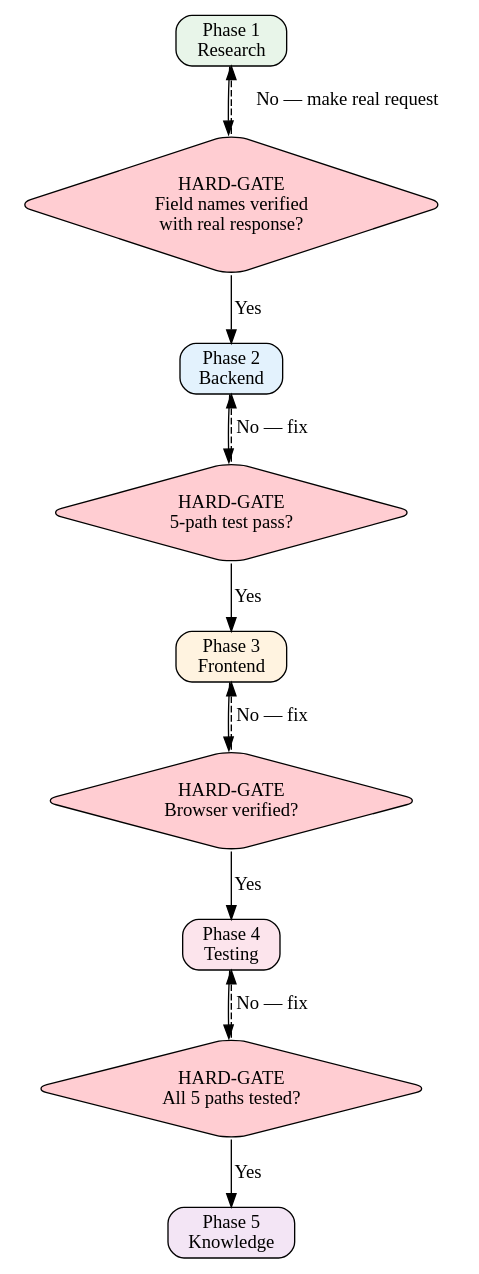
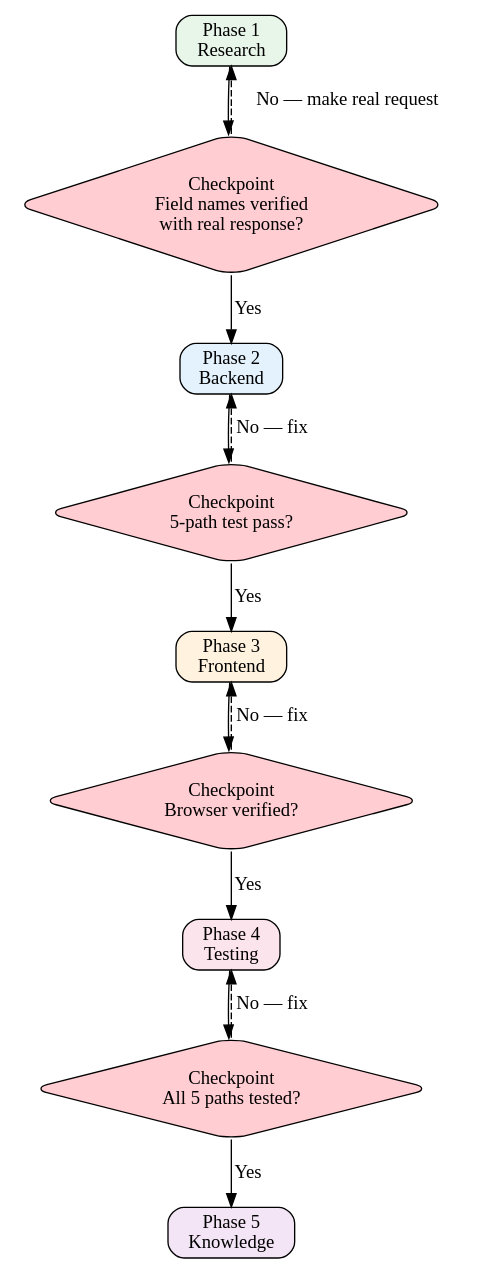
One commit to yufakang0826-hue/erpforge changed the diagram in skills/platform-integration.md. Above: the diagram before and after it, drawn with Graphviz. The commit also changed other lines of this file and 20 other files, not shown here.

````diff
--- a/skills/platform-integration.md
+++ b/skills/platform-integration.md
@@ -18,30 +22,30 @@
 ```dot
 digraph integration_pipeline {
     rankdir=TB
     node [shape=box, style="rounded,filled", fillcolor="#f0f0f0"]
 
     phase1 [label="Phase 1\nResearch" fillcolor="#e8f5e9"]
     phase2 [label="Phase 2\nBackend" fillcolor="#e3f2fd"]
     phase3 [label="Phase 3\nFrontend" fillcolor="#fff3e0"]
     phase4 [label="Phase 4\nTesting" fillcolor="#fce4ec"]
     phase5 [label="Phase 5\nKnowledge" fillcolor="#f3e5f5"]
 
-    gate1 [label="HARD-GATE\nField names verified\nwith real response?" shape=diamond fillcolor="#ffcdd2"]
-    gate2 [label="HARD-GATE\n5-path test pass?" shape=diamond fillcolor="#ffcdd2"]
-    gate3 [label="HARD-GATE\nBrowser verified?" shape=diamond fillcolor="#ffcdd2"]
-    gate4 [label="HARD-GATE\nAll 5 paths tested?" shape=diamond fillcolor="#ffcdd2"]
+    gate1 [label="Checkpoint\nField names verified\nwith real response?" shape=diamond fillcolor="#ffcdd2"]
+    gate2 [label="Checkpoint\n5-path test pass?" shape=diamond fillcolor="#ffcdd2"]
+    gate3 [label="Checkpoint\nBrowser verified?" shape=diamond fillcolor="#ffcdd2"]
+    gate4 [label="Checkpoint\nAll 5 paths tested?" shape=diamond fillcolor="#ffcdd2"]
 
     phase1 -> gate1
     gate1 -> phase2 [label="Yes"]
     gate1 -> phase1 [label="No — make real request" style=dashed]
     phase2 -> gate2
     gate2 -> phase3 [label="Yes"]
     gate2 -> phase2 [label="No — fix" style=dashed]
     phase3 -> gate3
     gate3 -> phase4 [label="Yes"]
     gate3 -> phase3 [label="No — fix" style=dashed]
     phase4 -> gate4
     gate4 -> phase5 [label="Yes"]
     gate4 -> phase4 [label="No — fix" style=dashed]
 }
 ```
````
